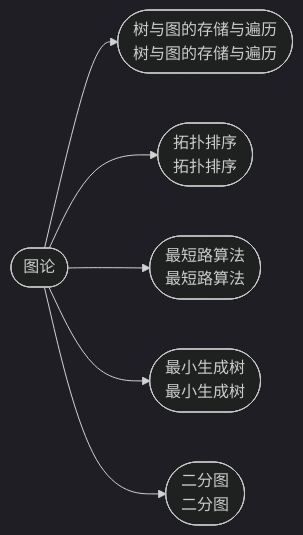
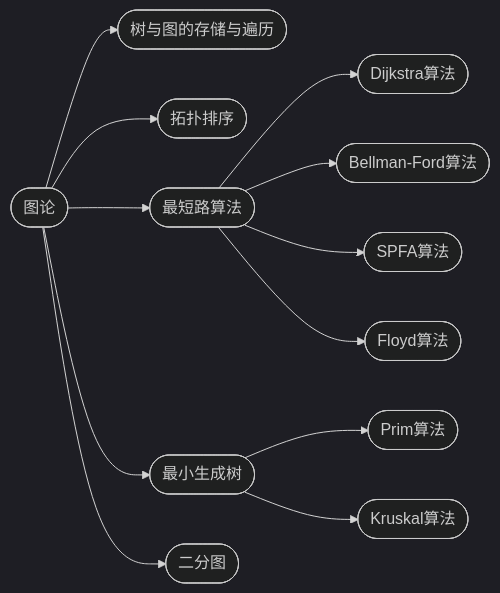
The diagram in 5-图论/index.md (cuberxl/Coders-Note), drawn with Mermaid (dark theme) before and after one commit. The commit also changed 8 other files, not shown here.

````diff
--- a/5-图论/index.md
+++ b/5-图论/index.md
@@ -25,9 +25,15 @@
 ```mermaid
 flowchart LR
     R(["图论"])
-    R --> N1(["树与图的存储与遍历<br/>树与图的存储与遍历"])
-    R --> N2(["拓扑排序<br/>拓扑排序"])
-    R --> N3(["最短路算法<br/>最短路算法"])
-    R --> N4(["最小生成树<br/>最小生成树"])
-    R --> N5(["二分图<br/>二分图"])
+    R --> N1(["树与图的存储与遍历"])
+    R --> N2(["拓扑排序"])
+    R --> N3(["最短路算法"])
+    N3 --> N3_1(["Dijkstra算法"])
+    N3 --> N3_2(["Bellman-Ford算法"])
+    N3 --> N3_3(["SPFA算法"])
+    N3 --> N3_4(["Floyd算法"])
+    R --> N4(["最小生成树"])
+    N4 --> N4_1(["Prim算法"])
+    N4 --> N4_2(["Kruskal算法"])
+    R --> N5(["二分图"])
 ```
````
